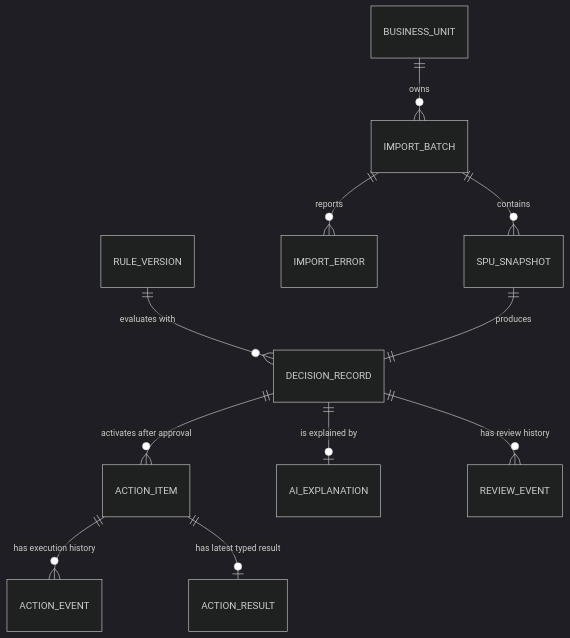
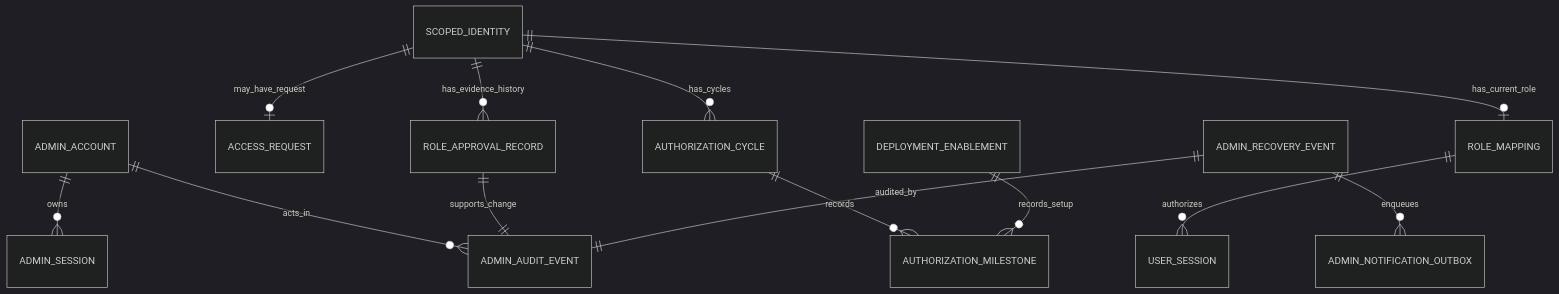
Before and after one commit to johnsonsmilequran/profit-decision-engine: the first of 6 diagrams in 趣然AI商品经营利润决策助手/drafts/r3-architect.md, drawn with Mermaid (dark theme). The commit also changed other lines of this file and 2 other files, not shown here.

````diff
--- a/趣然AI商品经营利润决策助手/drafts/r3-architect.md
+++ b/趣然AI商品经营利润决策助手/drafts/r3-architect.md
@@ -195,13 +108,15 @@
 ```mermaid
 erDiagram
-    BUSINESS_UNIT ||--o{ IMPORT_BATCH : "owns"
-    IMPORT_BATCH ||--o{ SPU_SNAPSHOT : "contains"
-    IMPORT_BATCH ||--o{ IMPORT_ERROR : "reports"
-    RULE_VERSION ||--o{ DECISION_RECORD : "evaluates with"
-    SPU_SNAPSHOT ||--|| DECISION_RECORD : "produces"
-    DECISION_RECORD ||--o{ ACTION_ITEM : "activates after approval"
-    DECISION_RECORD ||--o| AI_EXPLANATION : "is explained by"
-    DECISION_RECORD ||--o{ REVIEW_EVENT : "has review history"
-    ACTION_ITEM ||--o{ ACTION_EVENT : "has execution history"
-    ACTION_ITEM ||--o| ACTION_RESULT : "has latest typed result"
+    ADMIN_ACCOUNT ||--o{ ADMIN_SESSION : owns
+    ADMIN_ACCOUNT ||--o{ ADMIN_AUDIT_EVENT : acts_in
+    SCOPED_IDENTITY ||--o| ACCESS_REQUEST : may_have_request
+    SCOPED_IDENTITY ||--o| ROLE_MAPPING : has_current_role
+    SCOPED_IDENTITY ||--o{ ROLE_APPROVAL_RECORD : has_evidence_history
+    SCOPED_IDENTITY ||--o{ AUTHORIZATION_CYCLE : has_cycles
+    AUTHORIZATION_CYCLE ||--o{ AUTHORIZATION_MILESTONE : records
+    DEPLOYMENT_ENABLEMENT ||--o{ AUTHORIZATION_MILESTONE : records_setup
+    ROLE_APPROVAL_RECORD ||--|| ADMIN_AUDIT_EVENT : supports_change
+    ROLE_MAPPING ||--o{ USER_SESSION : authorizes
+    ADMIN_RECOVERY_EVENT ||--o{ ADMIN_NOTIFICATION_OUTBOX : enqueues
+    ADMIN_RECOVERY_EVENT ||--|| ADMIN_AUDIT_EVENT : audited_by
 ```
````
